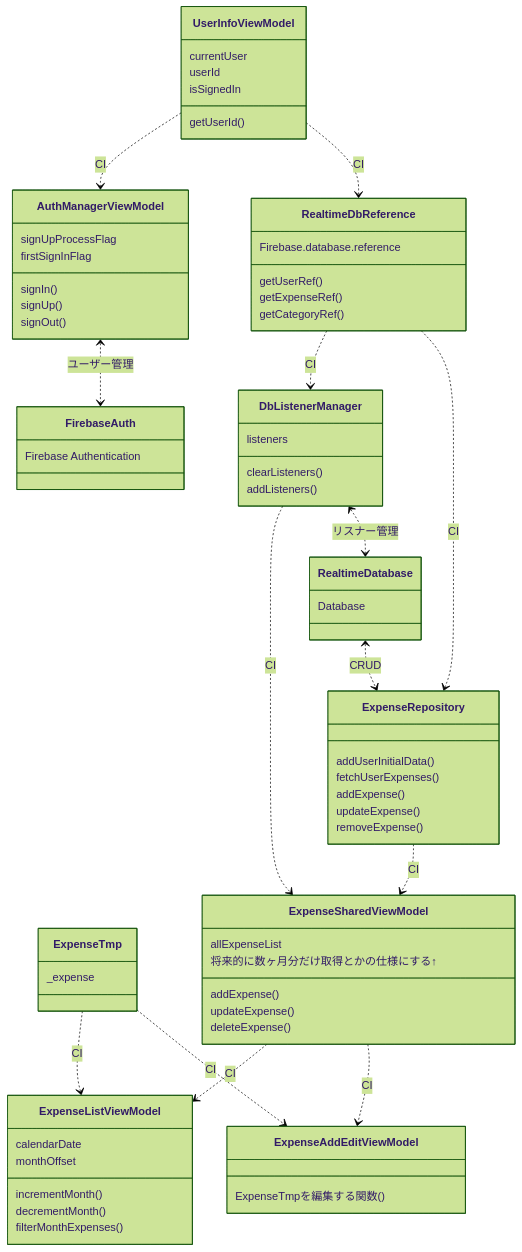
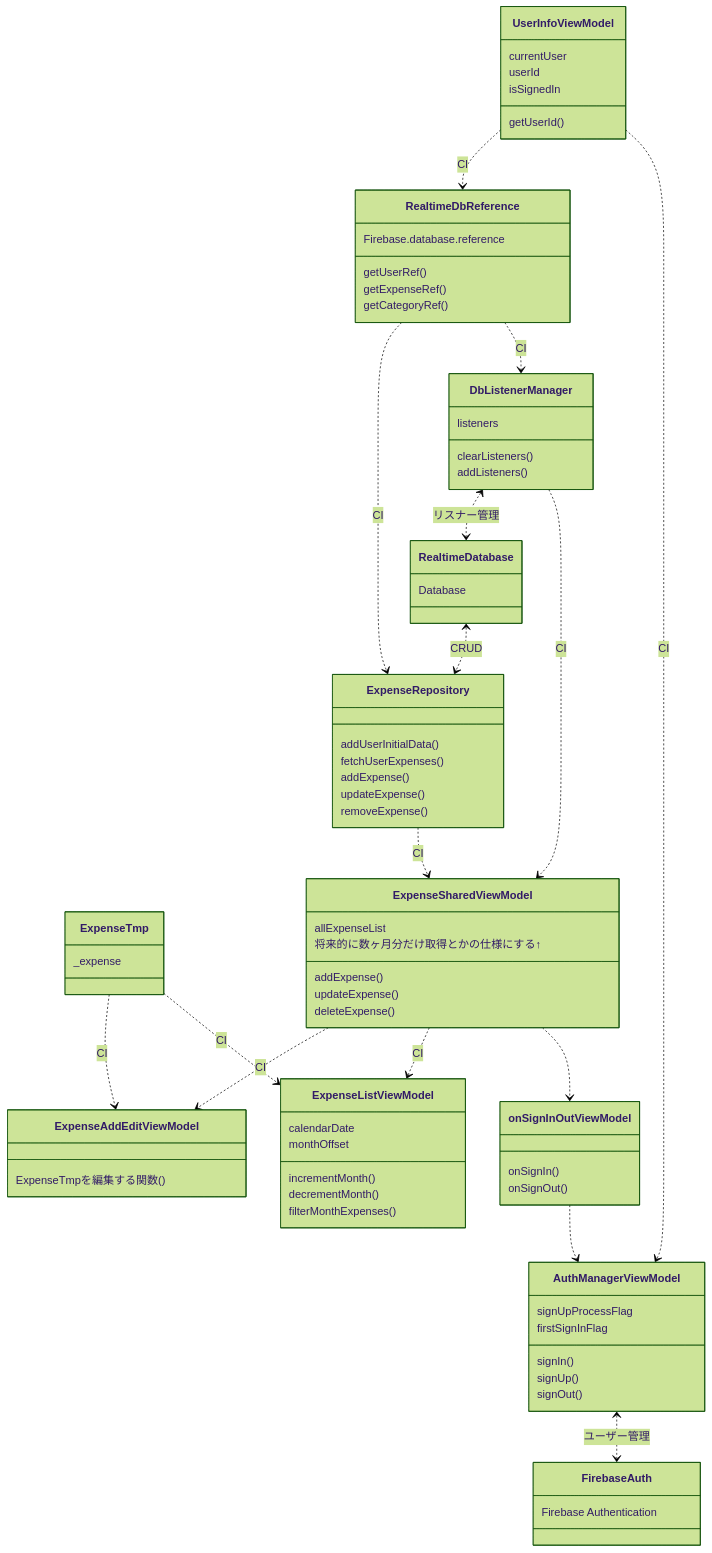
The diagram in app/src/main/java/gaku/original/myapplication/UML/ClassDiagram.md (GakuAkita/HouseholdExpenses), drawn with Mermaid (forest theme) before and after one commit. The commit also changed 1 other file, not shown here.

Commit message:
Updated ClassDiagram and Roadmap.

```diff
--- a/app/src/main/java/gaku/original/myapplication/UML/ClassDiagram.md
+++ b/app/src/main/java/gaku/original/myapplication/UML/ClassDiagram.md
@@ -48,6 +48,14 @@
 deleteExpense()
 }
 
+class onSignInOutViewModel{
+onSignIn()
+onSignOut()
+}
+
+onSignInOutViewModel ..> AuthManagerViewModel
+ExpenseSharedViewModel ..> onSignInOutViewModel
+
 DbListenerManager ..> ExpenseSharedViewModel :CI
 ExpenseRepository ..> ExpenseSharedViewModel :CI
 ExpenseSharedViewModel ..> ExpenseListViewModel :CI
```
